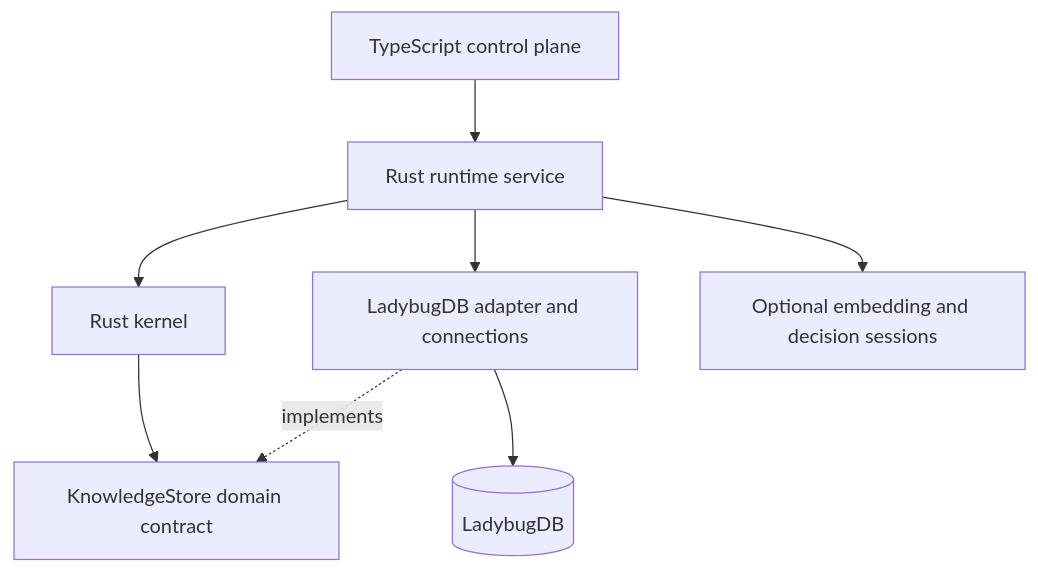
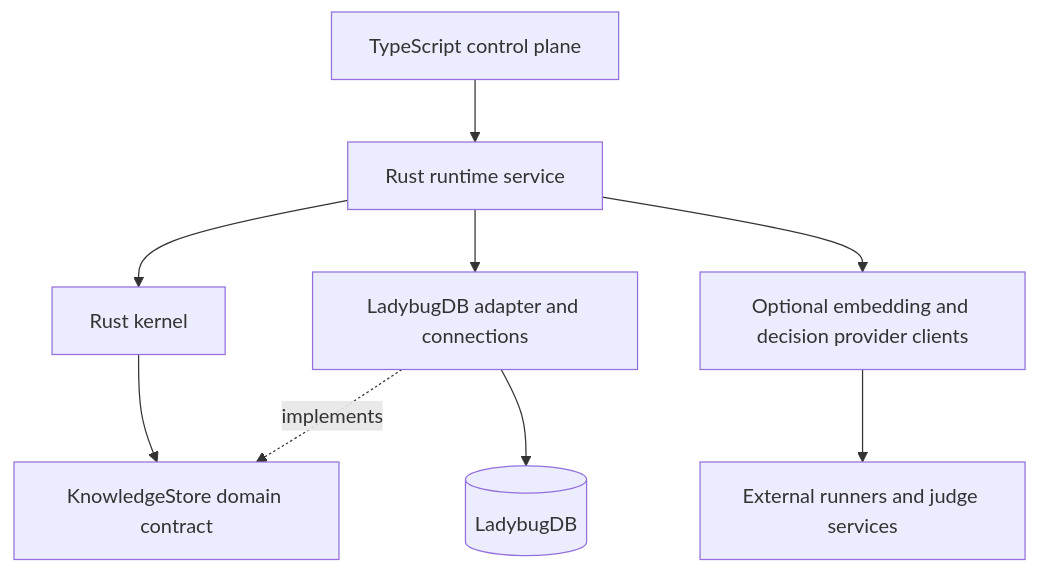
One commit to Kiy-K/oxide changed the diagram in docs/spec/SPEC.md. Above: the diagram before and after it, drawn with Mermaid. The commit also changed other lines of this file and 2 other files, not shown here.

Commit message:
docs: refine OXIDE v2 structural routing and provider boundaries

````diff
--- a/docs/spec/SPEC.md
+++ b/docs/spec/SPEC.md
@@ -75,10 +83,11 @@
 ```mermaid
 flowchart TD
     TS[TypeScript control plane] --> RT[Rust runtime service]
     RT --> K[Rust kernel]
     K --> PORT[KnowledgeStore domain contract]
     RT --> AD[LadybugDB adapter and connections]
     AD -. implements .-> PORT
     AD --> DB[(LadybugDB)]
-    RT --> MODELS[Optional embedding and decision sessions]
+    RT --> CLIENTS[Optional embedding and decision provider clients]
+    CLIENTS --> RUNNERS[External runners and judge services]
 ```
````
